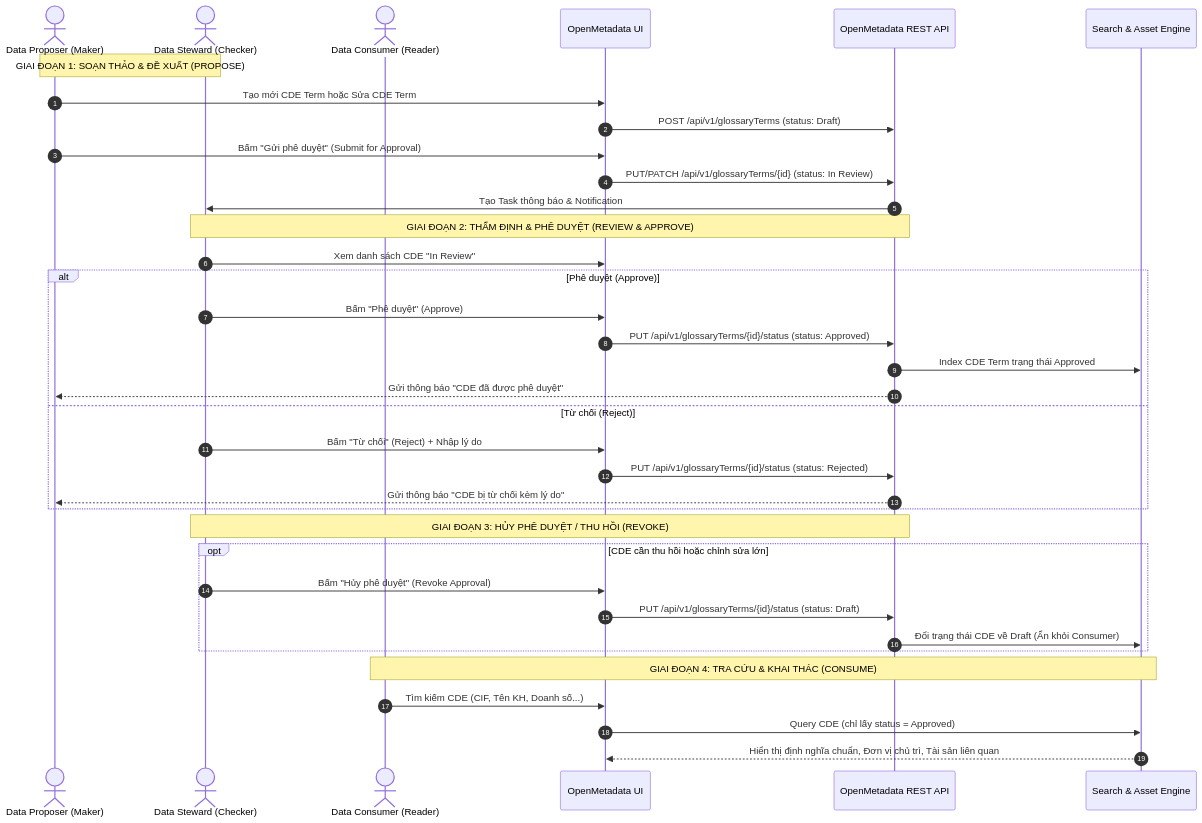
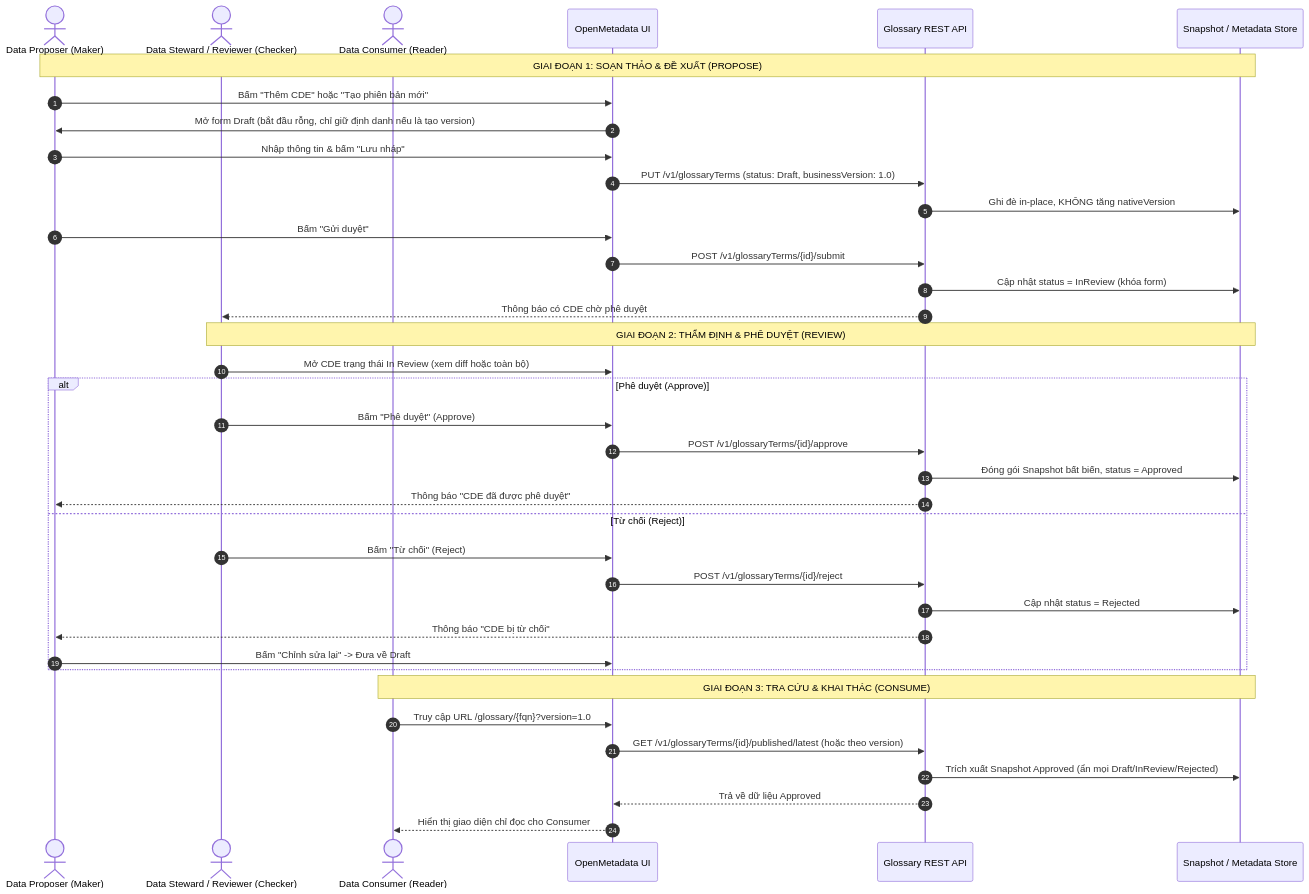
The diagram in docs/workflow/cde-glossary-workflow.md (dinhphu2k1-gif/OpenMetadata), drawn with Mermaid before and after one commit. The commit also changed other lines of this file and 2 other files, not shown here.

````diff
--- a/docs/workflow/cde-glossary-workflow.md
+++ b/docs/workflow/cde-glossary-workflow.md
@@ -11,42 +13,43 @@
 ```mermaid
 sequenceDiagram
     autonumber
-    actor Proposer as Data Proposer (Maker)
-    actor Steward as Data Steward (Checker)
-    actor Consumer as Data Consumer (Reader)
+    actor P as Data Proposer (Maker)
+    actor R as Data Steward / Reviewer (Checker)
+    actor C as Data Consumer (Reader)
     participant UI as OpenMetadata UI
-    participant Backend as OpenMetadata REST API
-    participant ES as Search & Asset Engine
+    participant API as Glossary REST API
+    participant DB as Snapshot / Metadata Store
 
-    Note over Proposer,Steward: GIAI ĐOẠN 1: SOẠN THẢO & ĐỀ XUẤT (PROPOSE)
-    Proposer->>UI: Tạo mới CDE Term hoặc Sửa CDE Term
-    UI->>Backend: POST /api/v1/glossaryTerms (status: Draft)
-    Proposer->>UI: Bấm "Gửi phê duyệt" (Submit for Approval)
-    UI->>Backend: PUT/PATCH /api/v1/glossaryTerms/{id} (status: In Review)
-    Backend->>Steward: Tạo Task thông báo & Notification
+    Note over P,DB: GIAI ĐOẠN 1: SOẠN THẢO & ĐỀ XUẤT (PROPOSE)
+    P->>UI: Bấm "Thêm CDE" hoặc "Tạo phiên bản mới"
+    UI->>P: Mở form Draft (bắt đầu rỗng, chỉ giữ định danh nếu là tạo version)
+    P->>UI: Nhập thông tin & bấm "Lưu nháp"
+    UI->>API: PUT /v1/glossaryTerms (status: Draft, businessVersion: 1.0)
+    API->>DB: Ghi đè in-place, KHÔNG tăng nativeVersion
+    P->>UI: Bấm "Gửi duyệt"
+    UI->>API: POST /v1/glossaryTerms/{id}/submit
+    API->>DB: Cập nhật status = InReview (khóa form)
+    API-->>R: Thông báo có CDE chờ phê duyệt
 
-    Note over Steward,Backend: GIAI ĐOẠN 2: THẨM ĐỊNH & PHÊ DUYỆT (REVIEW & APPROVE)
-    Steward->>UI: Xem danh sách CDE "In Review"
+    Note over R,DB: GIAI ĐOẠN 2: THẨM ĐỊNH & PHÊ DUYỆT (REVIEW)
+    R->>UI: Mở CDE trạng thái In Review (xem diff hoặc toàn bộ)
     alt Phê duyệt (Approve)
-        Steward->>UI: Bấm "Phê duyệt" (Approve)
-        UI->>Backend: PUT /api/v1/glossaryTerms/{id}/status (status: Approved)
-        Backend->>ES: Index CDE Term trạng thái Approved
-        Backend-->>Proposer: Gửi thông báo "CDE đã được phê duyệt"
+        R->>UI: Bấm "Phê duyệt" (Approve)
+        UI->>API: POST /v1/glossaryTerms/{id}/approve
+        API->>DB: Đóng gói Snapshot bất biến, status = Approved
+        API-->>P: Thông báo "CDE đã được phê duyệt"
     else Từ chối (Reject)
-        Steward->>UI: Bấm "Từ chối" (Reject) + Nhập lý do
-        UI->>Backend: PUT /api/v1/glossaryTerms/{id}/status (status: Rejected)
-        Backend-->>Proposer: Gửi thông báo "CDE bị từ chối kèm lý do"
+        R->>UI: Bấm "Từ chối" (Reject)
+        UI->>API: POST /v1/glossaryTerms/{id}/reject
+        API->>DB: Cập nhật status = Rejected
+        API-->>P: Thông báo "CDE bị từ chối"
+        P->>UI: Bấm "Chỉnh sửa lại" -> Đưa về Draft
     end
 
-    Note over Steward,Backend: GIAI ĐOẠN 3: HỦY PHÊ DUYỆT / THU HỒI (REVOKE)
-    opt CDE cần thu hồi hoặc chỉnh sửa lớn
-        Steward->>UI: Bấm "Hủy phê duyệt" (Revoke Approval)
-        UI->>Backend: PUT /api/v1/glossaryTerms/{id}/status (status: Draft)
-        Backend->>ES: Đổi trạng thái CDE về Draft (Ẩn khỏi Consumer)
-    end
-
-    Note over Consumer,ES: GIAI ĐOẠN 4: TRA CỨU & KHAI THÁC (CONSUME)
-    Consumer->>UI: Tìm kiếm CDE (CIF, Tên KH, Doanh số...)
-    UI->>ES: Query CDE (chỉ lấy status = Approved)
-    ES-->>UI: Hiển thị định nghĩa chuẩn, Đơn vị chủ trì, Tài sản liên quan
+    Note over C,DB: GIAI ĐOẠN 3: TRA CỨU & KHAI THÁC (CONSUME)
+    C->>UI: Truy cập URL /glossary/{fqn}?version=1.0
+    UI->>API: GET /v1/glossaryTerms/{id}/published/latest (hoặc theo version)
+    API->>DB: Trích xuất Snapshot Approved (ẩn mọi Draft/InReview/Rejected)
+    API-->>UI: Trả về dữ liệu Approved
+    UI-->>C: Hiển thị giao diện chỉ đọc cho Consumer
 ```
````
